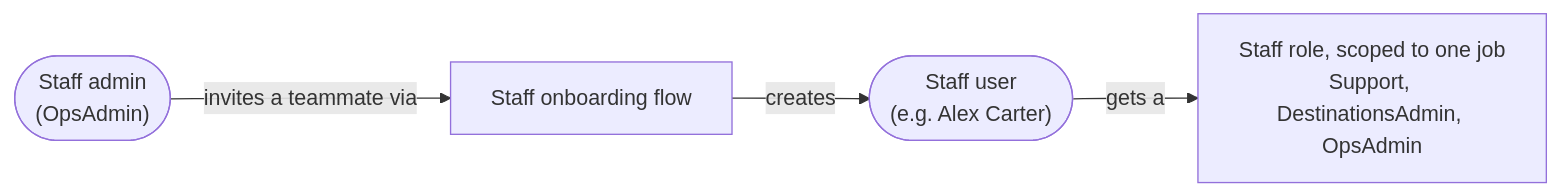
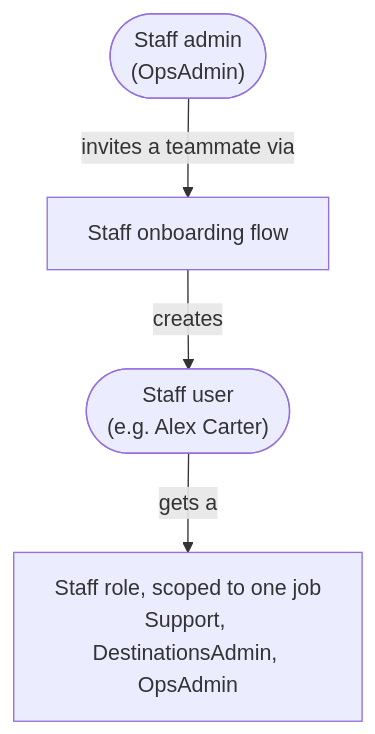
One commit to thiva-k/thunder changed the second of 2 diagrams in docs/content/use-cases/b2c/build-index.mdx. Above: the diagram before and after it, drawn with Mermaid. The commit also changed other lines of this file and 17 other files, not shown here.

````diff
--- a/docs/content/use-cases/b2c/build-index.mdx
+++ b/docs/content/use-cases/b2c/build-index.mdx
@@ -37,11 +37,11 @@
 ```mermaid
-flowchart LR
+flowchart TD
   admin(["Staff admin<br/>(OpsAdmin)"])
   onb["Staff onboarding flow"]
   su(["Staff user<br/>(e.g. Alex Carter)"])
   sr["Staff role, scoped to one job<br/>Support, DestinationsAdmin, OpsAdmin"]
 
   admin -->|invites a teammate via| onb
   onb -->|creates| su
   su -->|gets a| sr
 ```
````
